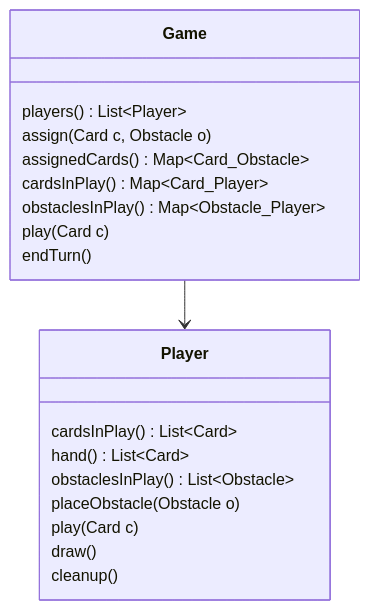
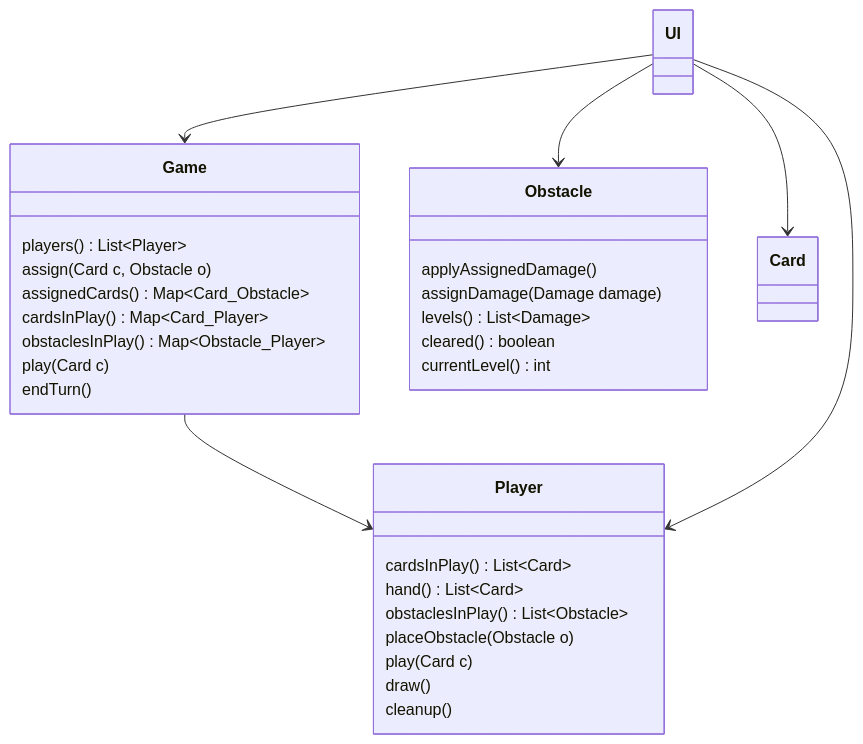
Before and after one commit to es-ude/CrossfireCardGame: the diagram in Readme.md, drawn with Mermaid. The commit also changed other lines of this file and 3 other files, not shown here.

````diff
--- a/Readme.md
+++ b/Readme.md
@@ -35,27 +34,39 @@
 ```mermaid
 classDiagram
 
 class Player {
   cardsInPlay() List~Card~
   hand() List~Card~
   obstaclesInPlay() List~Obstacle~
   placeObstacle(Obstacle o)
   play(Card c)
   draw()
   cleanup()
 }
 
 class Game {
   players() List~Player~
   assign(Card c, Obstacle o)
   assignedCards() Map~Card_Obstacle~
   cardsInPlay() Map~Card_Player~
   obstaclesInPlay() Map~Obstacle_Player~
   play(Card c)
   endTurn()
 }
 
+class Obstacle {
+  applyAssignedDamage()
+  assignDamage(Damage damage)
+  levels() List~Damage~
+  cleared() boolean
+  currentLevel() int
+}
+
 Game --> Player
+UI --> Game
+UI --> Player
+UI --> Obstacle
+UI --> Card
   
   
 ```
````
